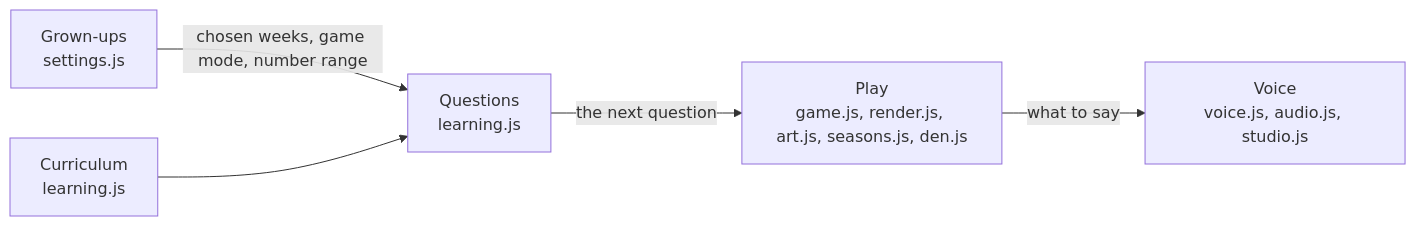
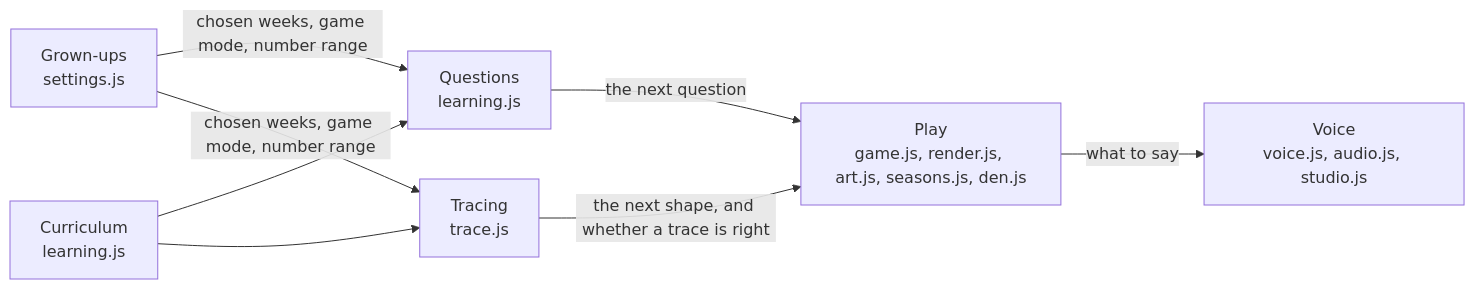
Before and after one commit to dao-wolf/doodle-builders: the diagram in docs/domain.md, drawn with Mermaid. The commit also changed other lines of this file and 16 other files, not shown here.

````diff
--- a/docs/domain.md
+++ b/docs/domain.md
@@ -37,7 +57,10 @@
 ```mermaid
 flowchart LR
   GU["Grown-ups<br/>settings.js"] -- "chosen weeks, game mode, number range" --> Q
   C["Curriculum<br/>learning.js"] --> Q["Questions<br/>learning.js"]
+  C --> TR["Tracing<br/>trace.js"]
+  GU -- "chosen weeks, game mode, number range" --> TR
   Q -- "the next question" --> P["Play<br/>game.js, render.js, art.js, seasons.js, den.js"]
+  TR -- "the next shape, and whether a trace is right" --> P
   P -- "what to say" --> V["Voice<br/>voice.js, audio.js, studio.js"]
 ```
````
